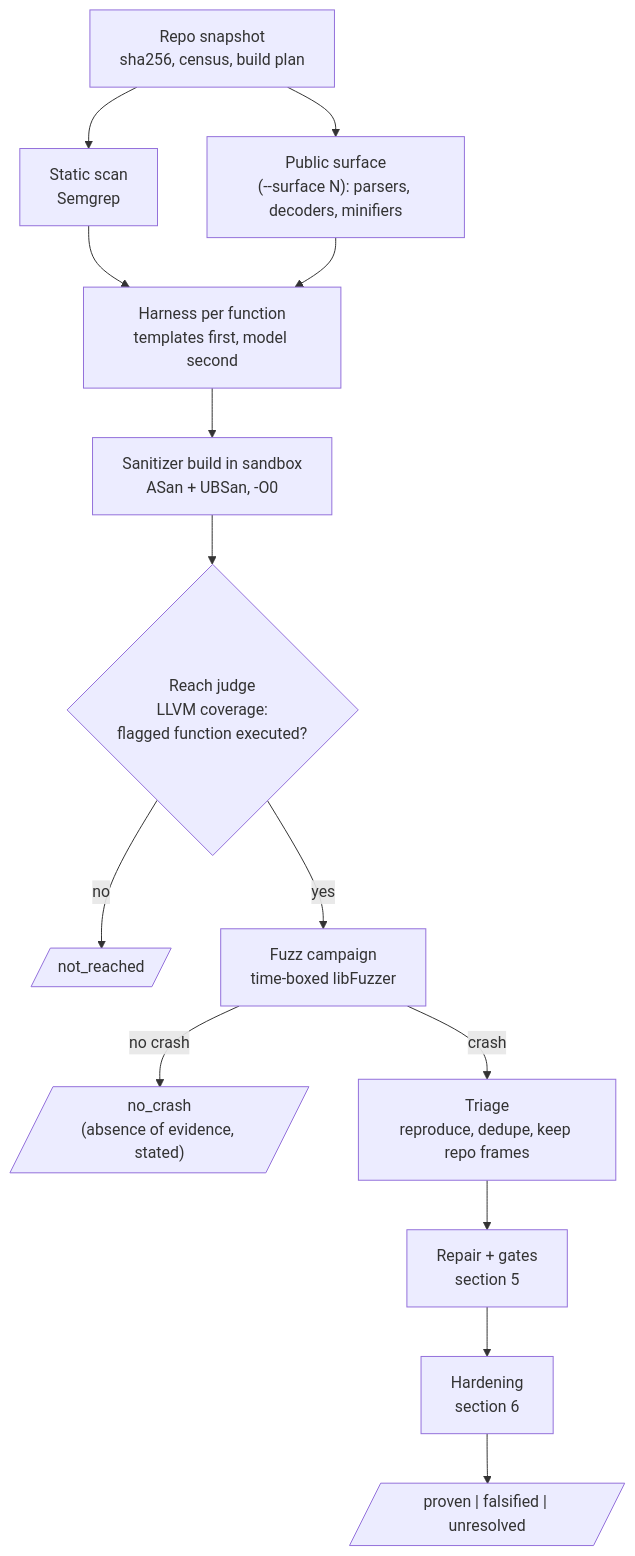
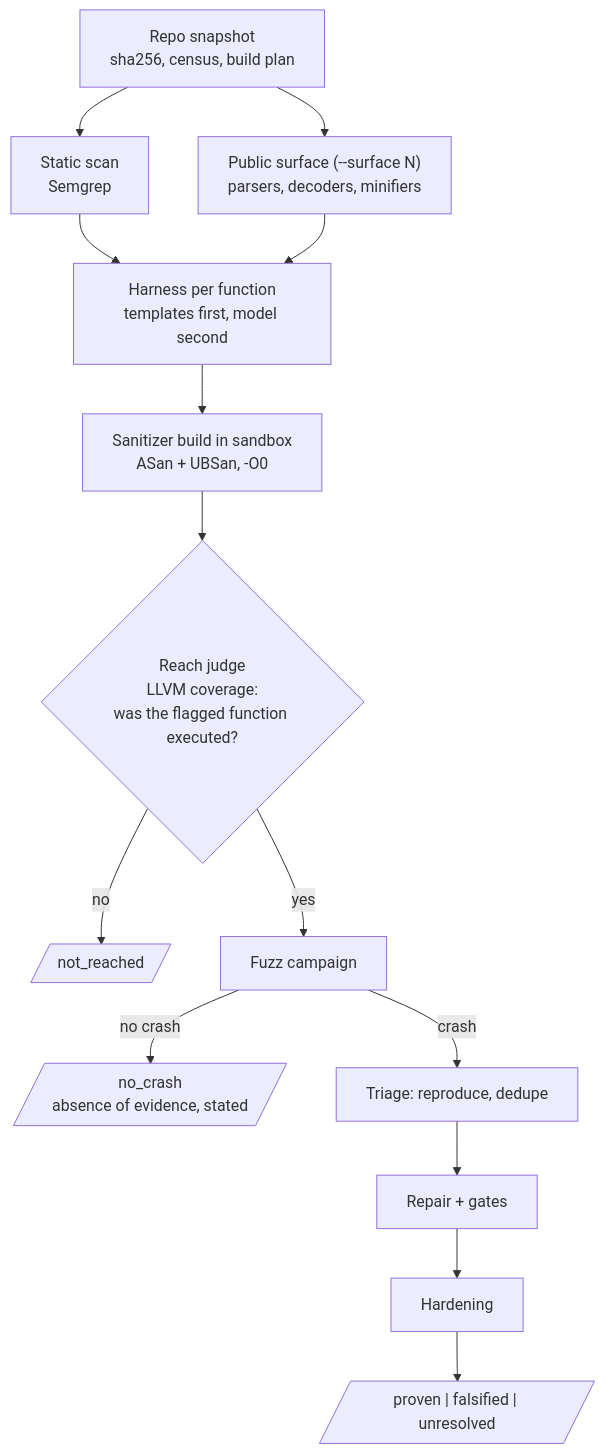
The first of 2 diagrams in architecture.md (piyush7911/ai_kavach_crs), drawn with Mermaid before and after one commit. The commit also changed other lines of this file and 3 other files, not shown here.

First line of the commit message:
docs+tools: rewrite architecture.md for the two-backend system; local MongoDB 4.4 script

````diff
--- a/architecture.md
+++ b/architecture.md
@@ -42,16 +113,14 @@
 ```mermaid
 graph TD
     A[Repo snapshot<br/>sha256, census, build plan] --> B[Static scan<br/>Semgrep]
-    A --> C["Public surface<br/>(--surface N): parsers, decoders, minifiers"]
+    A --> C["Public surface (--surface N)<br/>parsers, decoders, minifiers"]
     B --> D[Harness per function<br/>templates first, model second]
     C --> D
     D --> E["Sanitizer build in sandbox<br/>ASan + UBSan, -O0"]
-    E --> F{"Reach judge<br/>LLVM coverage:<br/>flagged function executed?"}
+    E --> F{"Reach judge<br/>LLVM coverage:<br/>was the flagged function executed?"}
     F -- no --> G[/"not_reached"/]
-    F -- yes --> H[Fuzz campaign<br/>time-boxed libFuzzer]
-    H -- no crash --> I[/"no_crash<br/>(absence of evidence, stated)"/]
-    H -- crash --> J[Triage<br/>reproduce, dedupe, keep repo frames]
-    J --> K[Repair + gates<br/>section 5]
-    K --> L[Hardening<br/>section 6]
-    L --> M[/"proven | falsified | unresolved"/]
+    F -- yes --> H[Fuzz campaign]
+    H -- no crash --> I[/"no_crash<br/>absence of evidence, stated"/]
+    H -- crash --> J[Triage: reproduce, dedupe]
+    J --> K[Repair + gates] --> L[Hardening] --> M[/"proven | falsified | unresolved"/]
 ```
````
